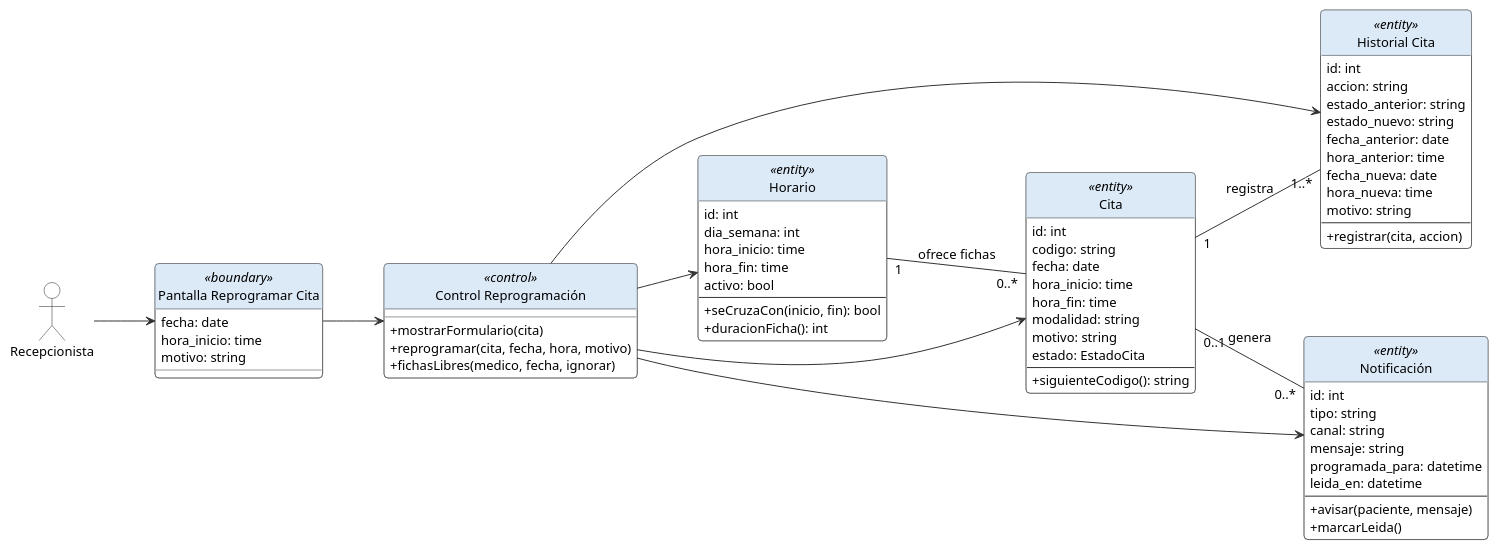
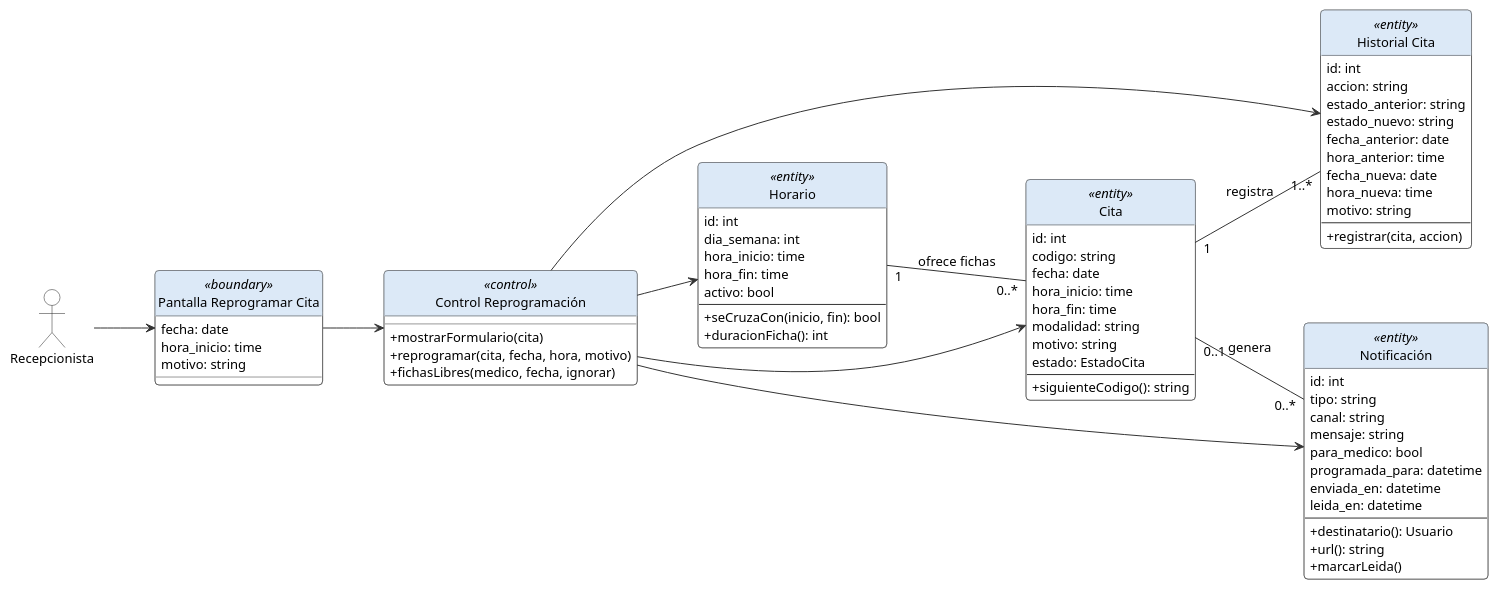
The diagram in docs/uml/plantuml/clases_cu11.puml (ronaldflores2004/VidaSalud), drawn with PlantUML before and after one commit. The commit also changed 42 other files, not shown here.

First line of the commit message:
Documento: diagramas UML actualizados con P7 (CU21 Pagar ficha, CU22 Notificaciones)

```diff
--- a/docs/uml/plantuml/clases_cu11.puml
+++ b/docs/uml/plantuml/clases_cu11.puml
@@ -1,105 +1,108 @@
 @startuml
 
 set separator none
 skinparam backgroundColor white
 skinparam defaultFontName Arial
 skinparam defaultFontSize 13
 skinparam shadowing false
 skinparam ArrowColor #333333
 skinparam ActorBorderColor #222222
 skinparam ActorBackgroundColor #FFFFFF
 skinparam UsecaseBorderColor #1F4E79
 skinparam UsecaseBackgroundColor #DCE9F7
 skinparam PackageBorderColor #333333
 skinparam PackageBackgroundColor #FFFFFF
 skinparam ClassBorderColor #333333
 skinparam ClassBackgroundColor #FFFFFF
 skinparam ClassHeaderBackgroundColor #DCE9F7
 skinparam NoteBackgroundColor #FFF8DC
 skinparam RectangleBorderColor #333333
 skinparam NodeBorderColor #1F4E79
 skinparam NodeBackgroundColor #F3F8FD
 skinparam ArtifactBackgroundColor #FFFFFF
 skinparam DatabaseBackgroundColor #DCE9F7
 skinparam SequenceLifeLineBorderColor #888888
 skinparam SequenceParticipantBackgroundColor #DCE9F7
 skinparam SequenceParticipantBorderColor #1F4E79
 skinparam ParticipantPadding 12
 skinparam BoundaryBackgroundColor #DCE9F7
 skinparam ControlBackgroundColor #DCE9F7
 skinparam EntityBackgroundColor #DCE9F7
 skinparam BoundaryBorderColor #1F4E79
 skinparam ControlBorderColor #1F4E79
 skinparam EntityBorderColor #1F4E79
 skinparam roundcorner 8
 allowmixing
 left to right direction
 hide circle
 skinparam classAttributeIconSize 0
 actor "Recepcionista" as A
 class "Pantalla Reprogramar Cita" as B <<boundary>> {
   fecha: date
   hora_inicio: time
   motivo: string
 }
 class "Control Reprogramación" as C <<control>> {
   + mostrarFormulario(cita)
   + reprogramar(cita, fecha, hora, motivo)
   + fichasLibres(medico, fecha, ignorar)
 }
 class "Cita" as E0 <<entity>> {
   id: int
   codigo: string
   fecha: date
   hora_inicio: time
   hora_fin: time
   modalidad: string
   motivo: string
   estado: EstadoCita
   --
   + siguienteCodigo(): string
 }
 class "Horario" as E1 <<entity>> {
   id: int
   dia_semana: int
   hora_inicio: time
   hora_fin: time
   activo: bool
   --
   + seCruzaCon(inicio, fin): bool
   + duracionFicha(): int
 }
 class "Historial Cita" as E2 <<entity>> {
   id: int
   accion: string
   estado_anterior: string
   estado_nuevo: string
   fecha_anterior: date
   hora_anterior: time
   fecha_nueva: date
   hora_nueva: time
   motivo: string
   --
   + registrar(cita, accion)
 }
 class "Notificación" as E3 <<entity>> {
   id: int
   tipo: string
   canal: string
   mensaje: string
+  para_medico: bool
   programada_para: datetime
+  enviada_en: datetime
   leida_en: datetime
   --
-  + avisar(paciente, mensaje)
+  + destinatario(): Usuario
+  + url(): string
   + marcarLeida()
 }
 A --> B
 B --> C
 C --> E0
 C --> E1
 C --> E2
 C --> E3
 E0 "1" -- "1..*" E2 : registra
+E1 "1" -- "0..*" E0 : ofrece fichas
 E0 "0..1" -- "0..*" E3 : genera
-E1 "1" -- "0..*" E0 : ofrece fichas
 @enduml
```
